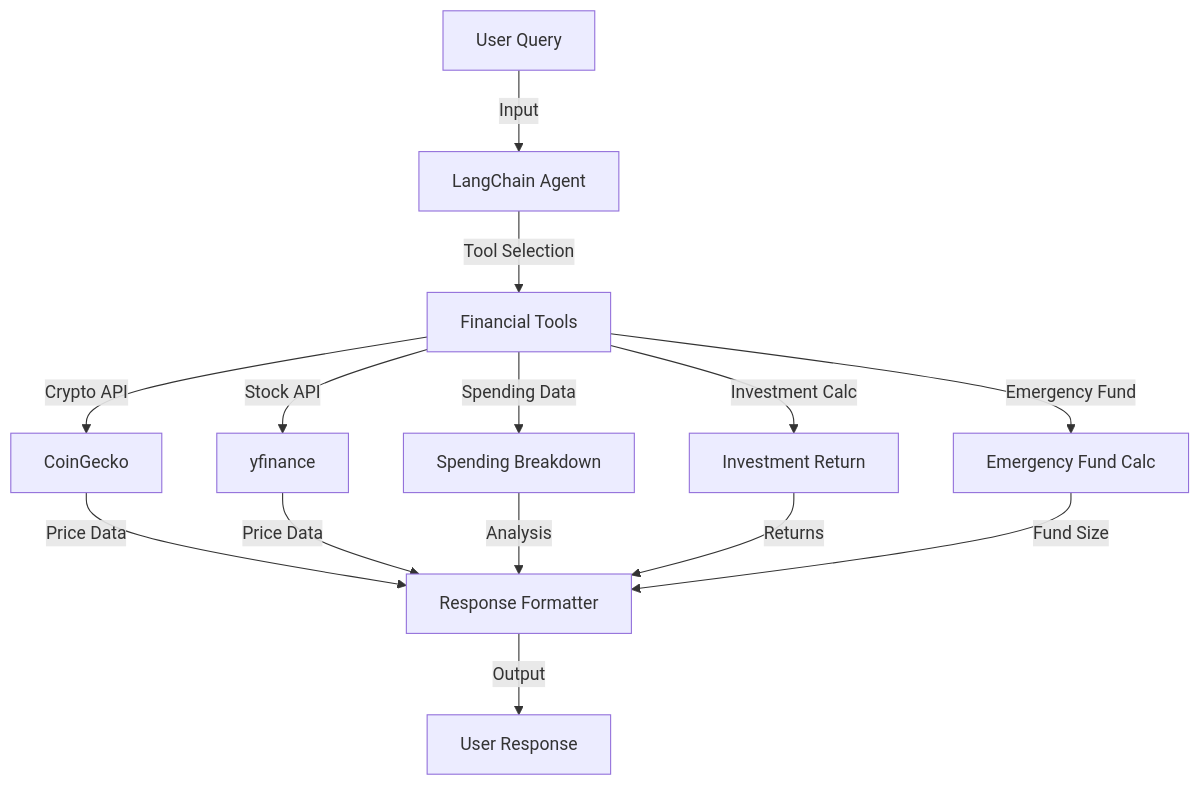
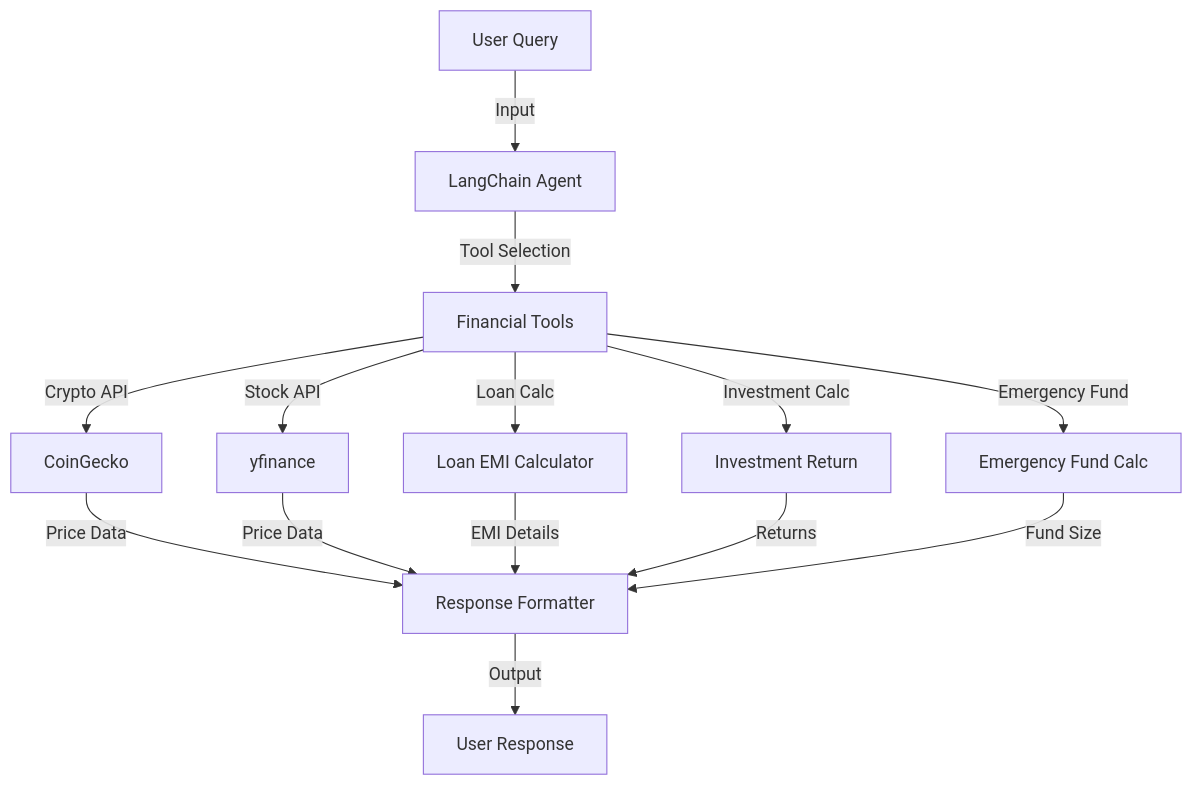
One commit to Purusharth1/Financial-Dashboard changed the diagram in project_docs/docs/architecture.md. Above: the diagram before and after it, drawn with Mermaid. The commit also changed other lines of this file and 3 other files, not shown here.

````diff
--- a/project_docs/docs/architecture.md
+++ b/project_docs/docs/architecture.md
@@ -7,16 +7,16 @@
 ```mermaid
 graph TD;
     A[User Query] -->|Input| B[LangChain Agent];
     B -->|Tool Selection| C[Financial Tools];
     C -->|Crypto API| D[CoinGecko];
     C -->|Stock API| E[yfinance];
-    C -->|Spending Data| F[Spending Breakdown];
+    C -->|Loan Calc| F[Loan EMI Calculator];
     C -->|Investment Calc| G[Investment Return];
     C -->|Emergency Fund| H[Emergency Fund Calc];
     D -->|Price Data| I[Response Formatter];
     E -->|Price Data| I;
-    F -->|Analysis| I;
+    F -->|EMI Details| I;
     G -->|Returns| I;
     H -->|Fund Size| I;
     I -->|Output| J[User Response];
 ```
````
